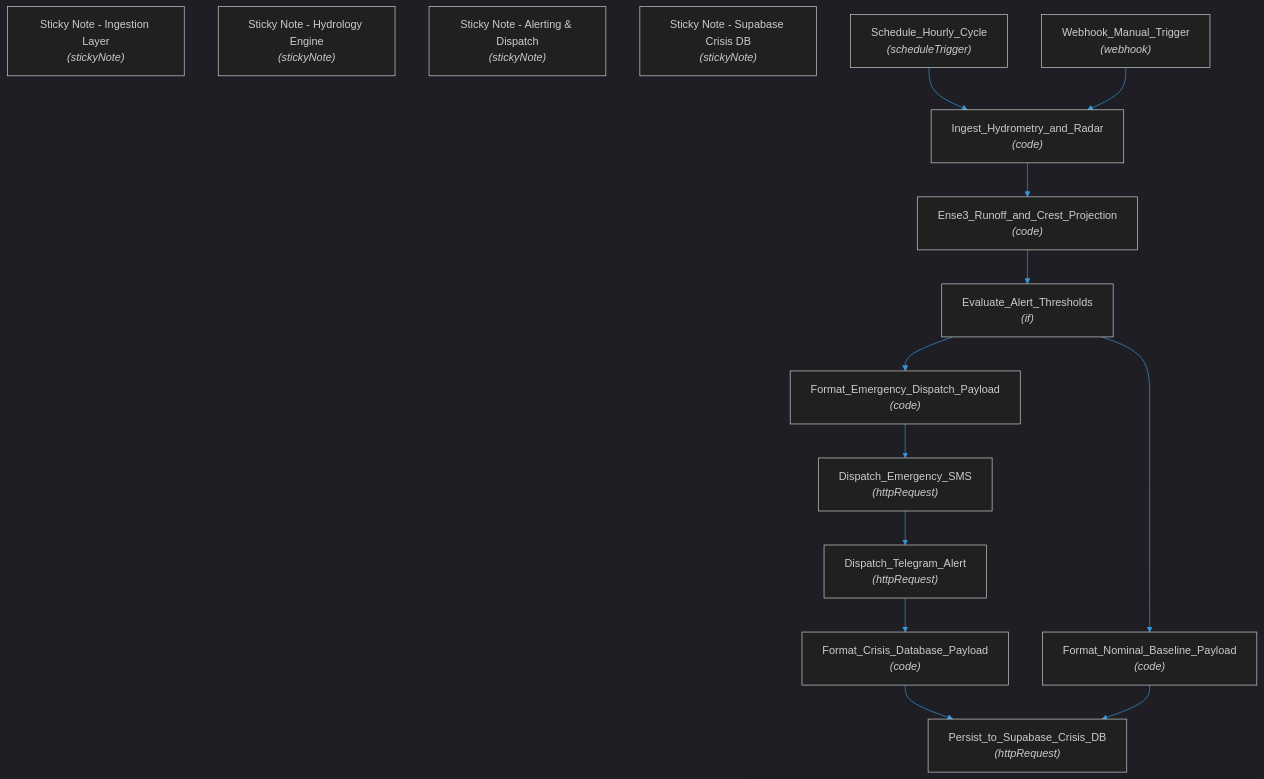
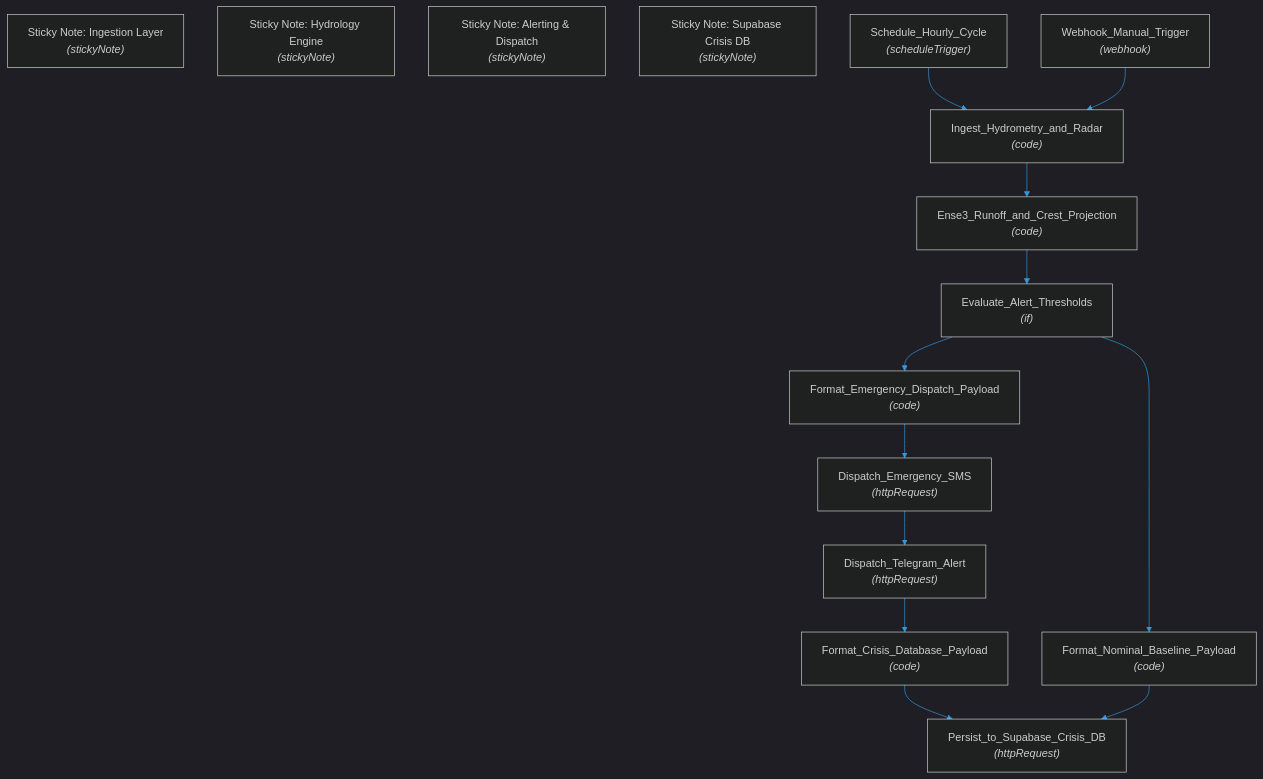
Before and after one commit to abderrahman-ai/environmental-hydrology-flood-warning: the diagram in README.md, drawn with Mermaid. The commit also changed other lines of this file, not shown here.

````diff
--- a/README.md
+++ b/README.md
@@ -62,30 +62,30 @@
 ```mermaid
 %%{init: {'theme': 'dark', 'themeVariables': {'primaryColor': '#1a1a2e', 'primaryTextColor': '#e0e0e0', 'primaryBorderColor': '#3498DB', 'lineColor': '#3498DB', 'secondaryColor': '#16213e', 'edgeLabelBackground': '#0d0d0d', 'clusterBkg': '#0d0d0d'}}}%%
 graph TD
-    Sticky_Note_Ingestion_Layer["Sticky Note - Ingestion Layer<br/><i>(stickyNote)</i>"]
-    Sticky_Note_Hydrology_Engine["Sticky Note - Hydrology Engine<br/><i>(stickyNote)</i>"]
-    Sticky_Note_Alerting_Dispatch["Sticky Note - Alerting & Dispatch<br/><i>(stickyNote)</i>"]
-    Sticky_Note_Supabase_Crisis_DB["Sticky Note - Supabase Crisis DB<br/><i>(stickyNote)</i>"]
+    Sticky_Note_Ingestion_Layer["Sticky Note: Ingestion Layer<br/><i>(stickyNote)</i>"]
+    Sticky_Note_Hydrology_Engine["Sticky Note: Hydrology Engine<br/><i>(stickyNote)</i>"]
+    Sticky_Note_Alerting_Dispatch["Sticky Note: Alerting & Dispatch<br/><i>(stickyNote)</i>"]
+    Sticky_Note_Supabase_Crisis_DB["Sticky Note: Supabase Crisis DB<br/><i>(stickyNote)</i>"]
     Schedule_Hourly_Cycle["Schedule_Hourly_Cycle<br/><i>(scheduleTrigger)</i>"]
     Webhook_Manual_Trigger["Webhook_Manual_Trigger<br/><i>(webhook)</i>"]
     Ingest_Hydrometry_and_Radar["Ingest_Hydrometry_and_Radar<br/><i>(code)</i>"]
     Ense3_Runoff_and_Crest_Projection["Ense3_Runoff_and_Crest_Projection<br/><i>(code)</i>"]
     Evaluate_Alert_Thresholds["Evaluate_Alert_Thresholds<br/><i>(if)</i>"]
     Format_Emergency_Dispatch_Payload["Format_Emergency_Dispatch_Payload<br/><i>(code)</i>"]
     Dispatch_Emergency_SMS["Dispatch_Emergency_SMS<br/><i>(httpRequest)</i>"]
     Dispatch_Telegram_Alert["Dispatch_Telegram_Alert<br/><i>(httpRequest)</i>"]
     Format_Crisis_Database_Payload["Format_Crisis_Database_Payload<br/><i>(code)</i>"]
     Format_Nominal_Baseline_Payload["Format_Nominal_Baseline_Payload<br/><i>(code)</i>"]
     Persist_to_Supabase_Crisis_DB["Persist_to_Supabase_Crisis_DB<br/><i>(httpRequest)</i>"]
     Dispatch_Emergency_SMS --> Dispatch_Telegram_Alert
     Dispatch_Telegram_Alert --> Format_Crisis_Database_Payload
     Ense3_Runoff_and_Crest_Projection --> Evaluate_Alert_Thresholds
     Evaluate_Alert_Thresholds --> Format_Emergency_Dispatch_Payload
     Evaluate_Alert_Thresholds --> Format_Nominal_Baseline_Payload
     Format_Crisis_Database_Payload --> Persist_to_Supabase_Crisis_DB
     Format_Emergency_Dispatch_Payload --> Dispatch_Emergency_SMS
     Format_Nominal_Baseline_Payload --> Persist_to_Supabase_Crisis_DB
     Ingest_Hydrometry_and_Radar --> Ense3_Runoff_and_Crest_Projection
     Schedule_Hourly_Cycle --> Ingest_Hydrometry_and_Radar
     Webhook_Manual_Trigger --> Ingest_Hydrometry_and_Radar
 ```
````
